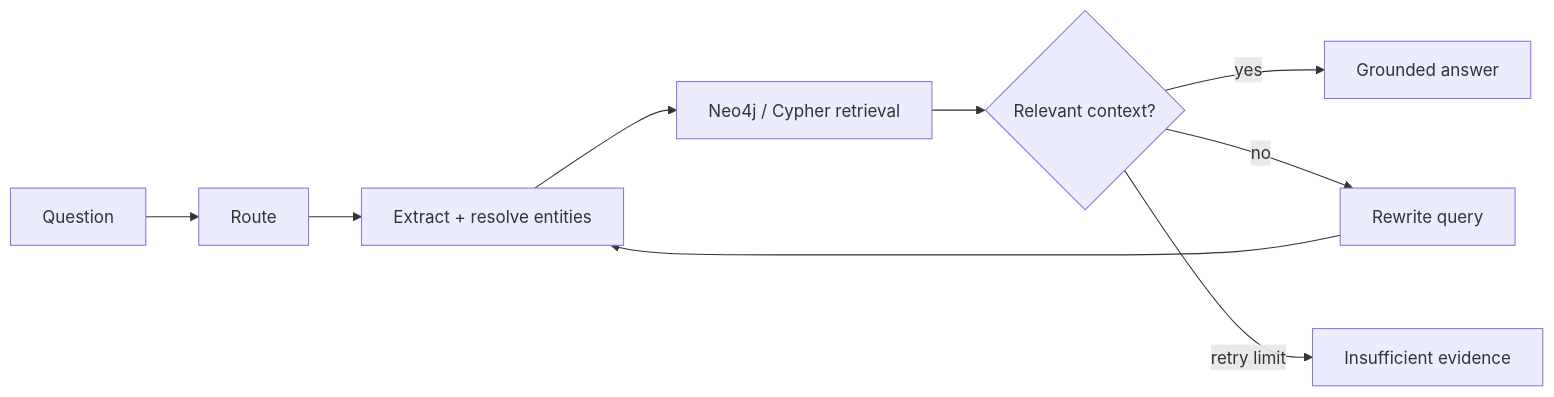
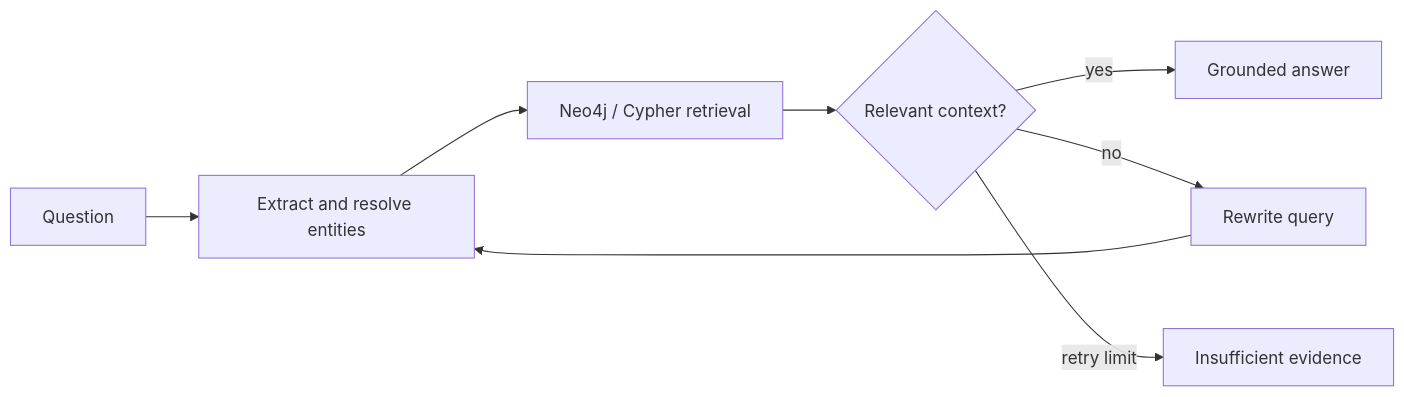
The diagram in README.md (Malitha123/foundation_models_experiments), drawn with Mermaid before and after one commit. The commit also changed other lines of this file and 17 other files, not shown here.

````diff
--- a/README.md
+++ b/README.md
@@ -79,11 +92,10 @@
 ```mermaid
 flowchart LR
-    Q[Question] --> R[Route]
-    R --> E[Extract + resolve entities]
+    Q[Question] --> E[Extract and resolve entities]
     E --> G[Neo4j / Cypher retrieval]
-    G --> C{Relevant context?}
-    C -->|yes| A[Grounded answer]
-    C -->|no| W[Rewrite query]
+    G --> R{Relevant context?}
+    R -->|yes| A[Grounded answer]
+    R -->|no| W[Rewrite query]
     W --> E
-    C -->|retry limit| N[Insufficient evidence]
+    R -->|retry limit| N[Insufficient evidence]
 ```
````
